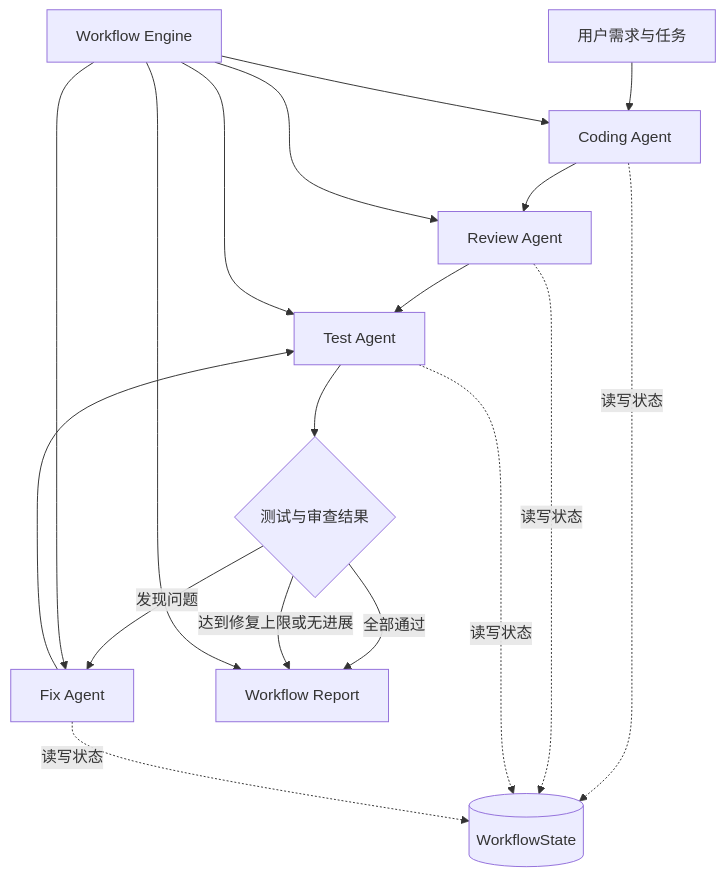
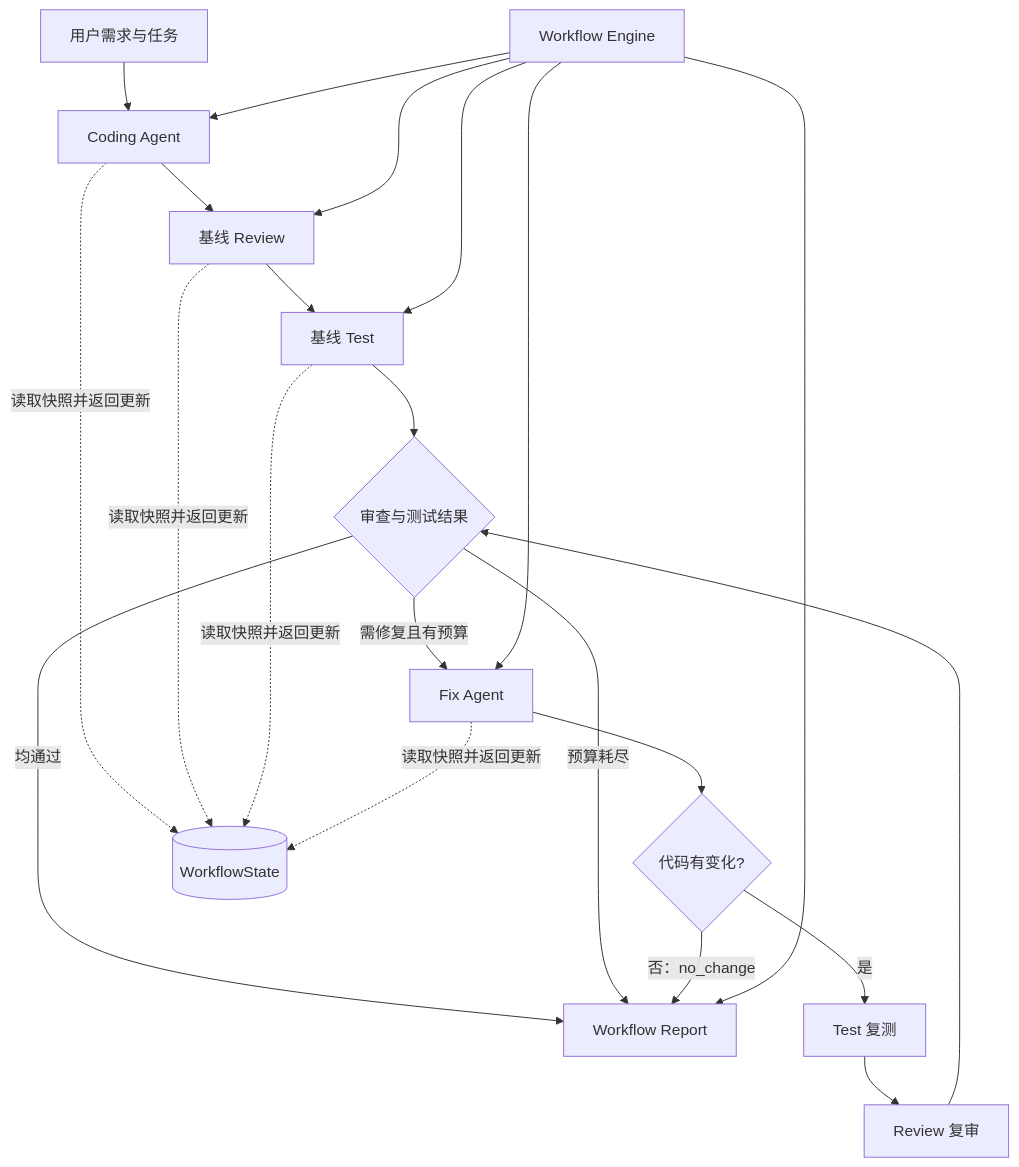
The first of 2 diagrams in Design.md (adogfm/intelligent-agent-workflow), drawn with Mermaid before and after one commit. The commit also changed other lines of this file and 2 other files, not shown here.

Commit message:
docs: align workflow documentation with implementation

````diff
--- a/Design.md
+++ b/Design.md
@@ -22,25 +22,27 @@
 ```mermaid
 flowchart TD
-    User[用户需求与任务]
-    User --> Coding[Coding Agent]
-    Coding --> Review[Review Agent]
-    Review --> Test[Test Agent]
-    Test --> Decision{测试与审查结果}
-    Decision -->|发现问题| Fix[Fix Agent]
-    Fix --> Test
-    Decision -->|全部通过| Report[Workflow Report]
-    Decision -->|达到修复上限或无进展| Report
+    User[用户需求与任务] --> Coding[Coding Agent]
+    Coding --> Review[基线 Review]
+    Review --> Test[基线 Test]
+    Test --> Decision{审查与测试结果}
+    Decision -->|均通过| Report[Workflow Report]
+    Decision -->|需修复且有预算| Fix[Fix Agent]
+    Decision -->|预算耗尽| Report
+    Fix --> Changed{代码有变化?}
+    Changed -->|否：no_change| Report
+    Changed -->|是| Retest[Test 复测]
+    Retest --> ReReview[Review 复审]
+    ReReview --> Decision
 
     State[(WorkflowState)]
-    Coding -.读写状态.-> State
-    Review -.读写状态.-> State
-    Test -.读写状态.-> State
-    Fix -.读写状态.-> State
+    Coding -.读取快照并返回更新.-> State
+    Review -.读取快照并返回更新.-> State
+    Test -.读取快照并返回更新.-> State
+    Fix -.读取快照并返回更新.-> State
 
-    Engine[Workflow Engine]
-    Engine --> Coding
+    Engine[Workflow Engine] --> Coding
     Engine --> Review
     Engine --> Test
     Engine --> Fix
     Engine --> Report
 ```
````
